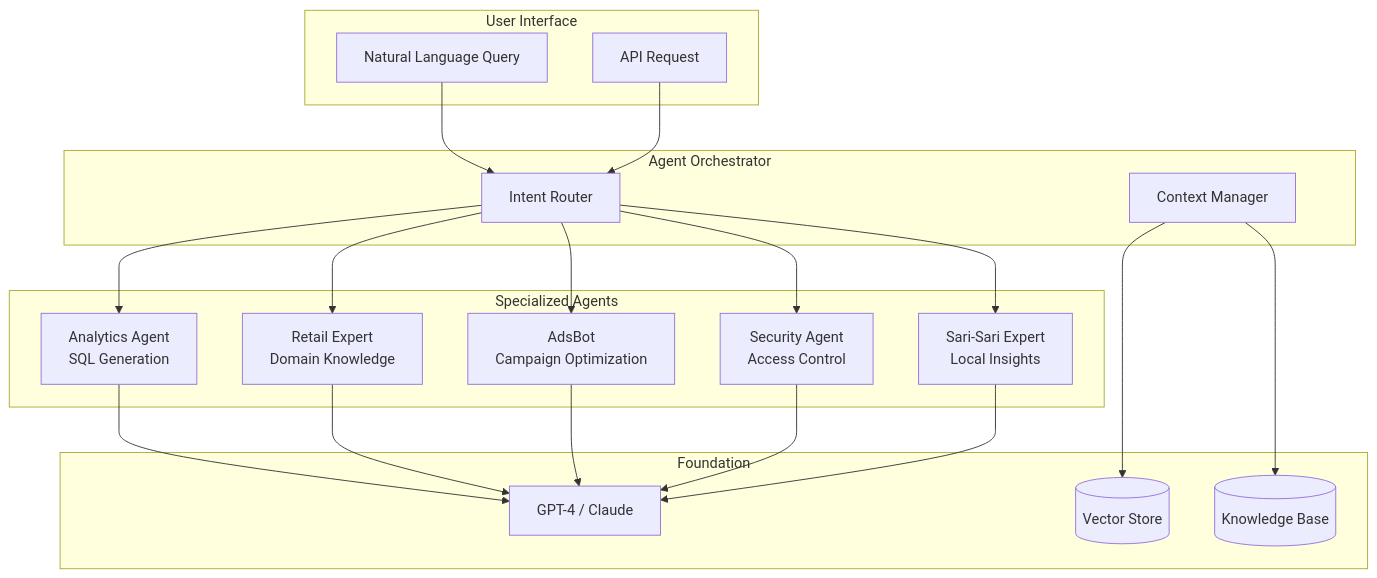
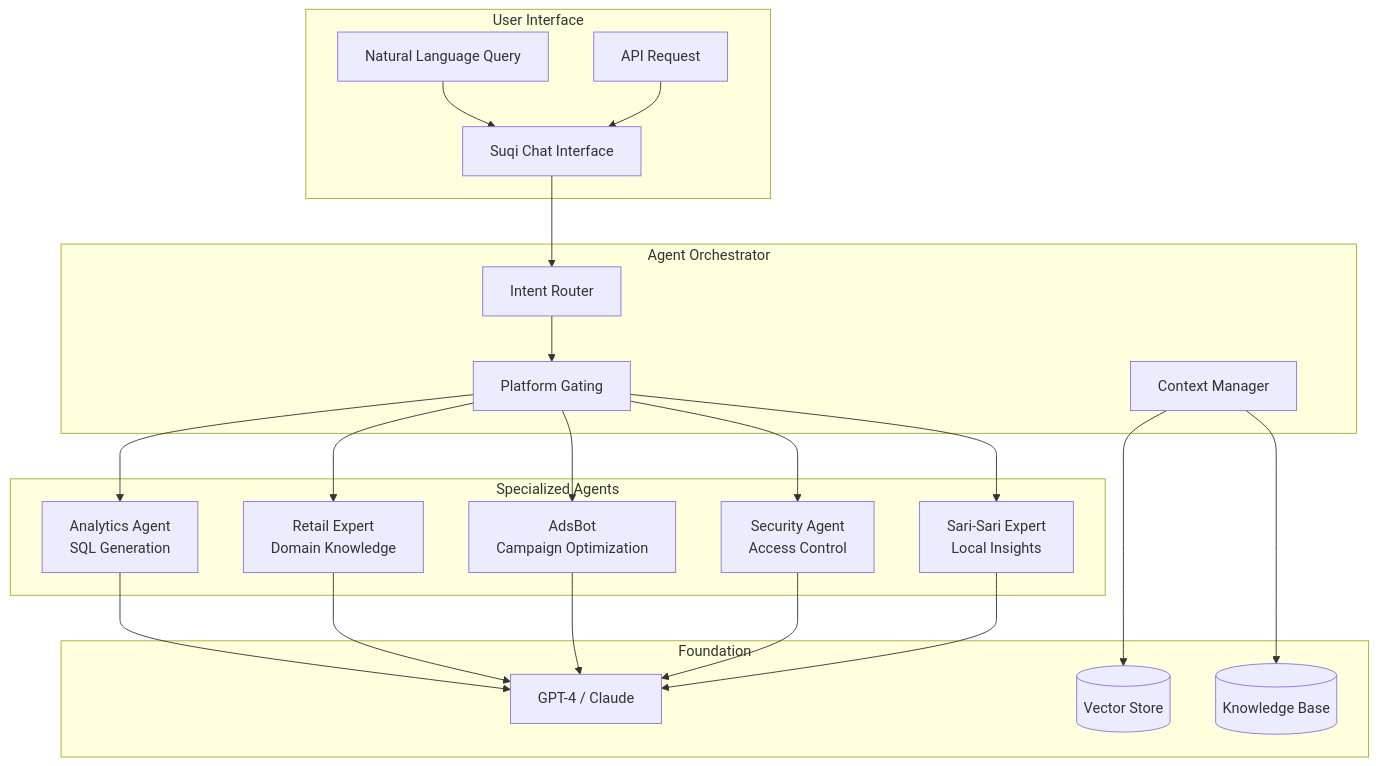
The second of 3 diagrams in docs-site/docs/architecture/ai-foundry.md (jgtolentino/ai-aas-hardened-lakehouse), drawn with Mermaid before and after one commit. The commit also changed other lines of this file and 67 other files, not shown here.

````diff
--- a/docs-site/docs/architecture/ai-foundry.md
+++ b/docs-site/docs/architecture/ai-foundry.md
@@ -15,43 +102,47 @@
 ```mermaid
 graph TB
     subgraph "User Interface"
         NLQ[Natural Language Query]
         API[API Request]
+        Suqi[Suqi Chat Interface]
     end
     
     subgraph "Agent Orchestrator"
         Router[Intent Router]
         Context[Context Manager]
+        Platform[Platform Gating]
     end
     
     subgraph "Specialized Agents"
         Analytics[Analytics Agent<br/>SQL Generation]
         Retail[Retail Expert<br/>Domain Knowledge]
         Ads[AdsBot<br/>Campaign Optimization]
         Security[Security Agent<br/>Access Control]
         Sari[Sari-Sari Expert<br/>Local Insights]
     end
     
     subgraph "Foundation"
         LLM[GPT-4 / Claude]
         Vector[(Vector Store)]
         Knowledge[(Knowledge Base)]
     end
     
-    NLQ --> Router
-    API --> Router
-    Router --> Analytics
-    Router --> Retail
-    Router --> Ads
-    Router --> Security
-    Router --> Sari
+    NLQ --> Suqi
+    API --> Suqi
+    Suqi --> Router
+    Router --> Platform
+    Platform --> Analytics
+    Platform --> Retail
+    Platform --> Ads
+    Platform --> Security
+    Platform --> Sari
     
     Analytics --> LLM
     Retail --> LLM
     Ads --> LLM
     Security --> LLM
     Sari --> LLM
     
     Context --> Vector
     Context --> Knowledge
 ```
````
